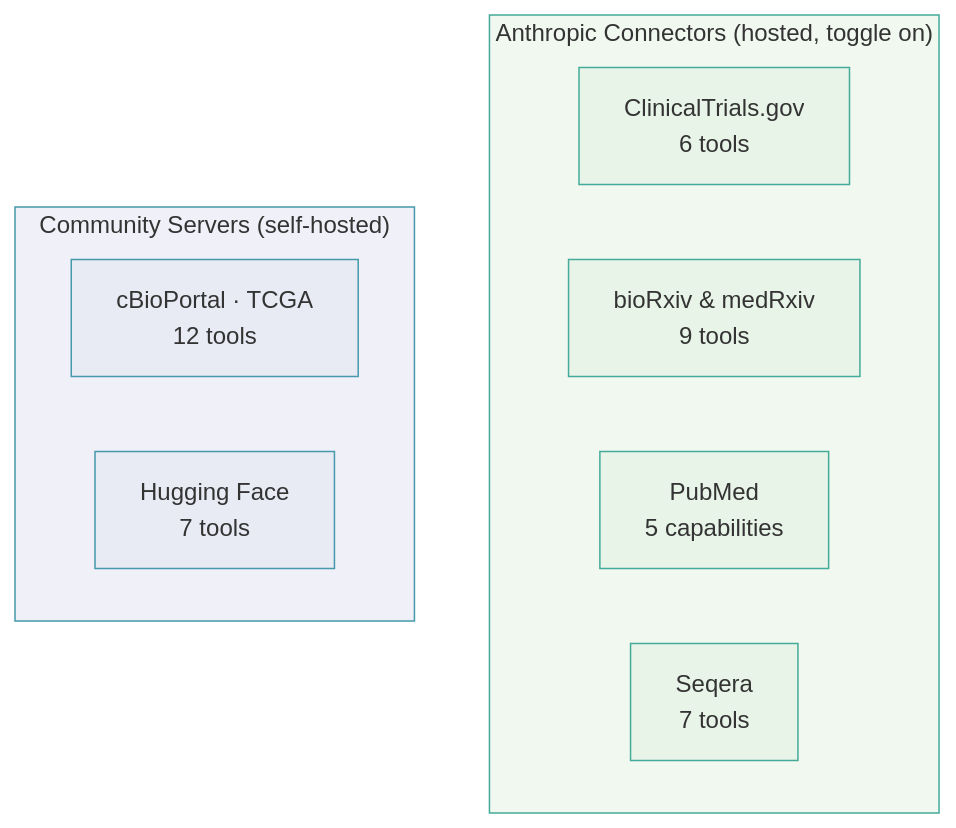
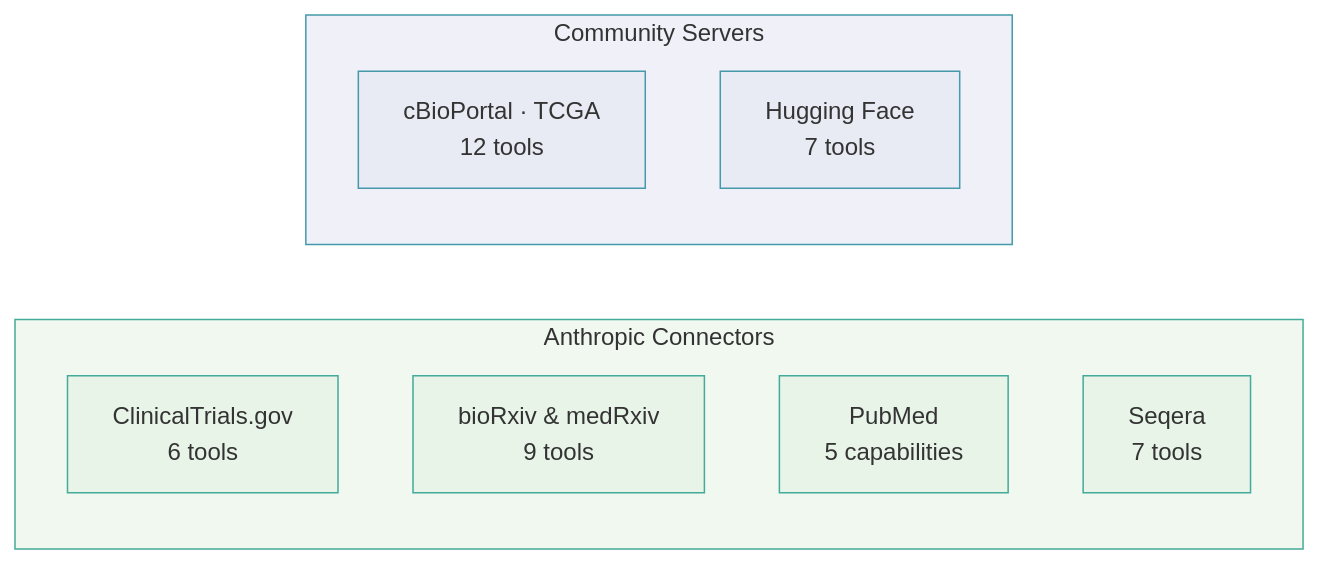
The diagram in docs/for-researchers/CONNECT_EXTERNAL_MCP.md (raymond301/precision-medicine-mcp), drawn with Mermaid before and after one commit.

````diff
--- a/docs/for-researchers/CONNECT_EXTERNAL_MCP.md
+++ b/docs/for-researchers/CONNECT_EXTERNAL_MCP.md
@@ -5,21 +5,21 @@
 ```mermaid
-graph TD
-    subgraph hosted["Anthropic Connectors (hosted, toggle on)"]
+graph LR
+    subgraph hosted[Anthropic Connectors]
         CT[ClinicalTrials.gov<br/>6 tools]
         BIO[bioRxiv & medRxiv<br/>9 tools]
         PM[PubMed<br/>5 capabilities]
         SQ[Seqera<br/>7 tools]
     end
-    subgraph local["Community Servers (self-hosted)"]
+    subgraph local[Community Servers]
         CB[cBioPortal · TCGA<br/>12 tools]
         HF[Hugging Face<br/>7 tools]
     end
     style hosted fill:#f0f8f0,stroke:#4a9
     style local fill:#f0f0f8,stroke:#49a
     style CT fill:#e8f4e8,stroke:#4a9
     style BIO fill:#e8f4e8,stroke:#4a9
     style PM fill:#e8f4e8,stroke:#4a9
     style SQ fill:#e8f4e8,stroke:#4a9
     style CB fill:#e8eaf4,stroke:#49a
     style HF fill:#e8eaf4,stroke:#49a
 ```
````
